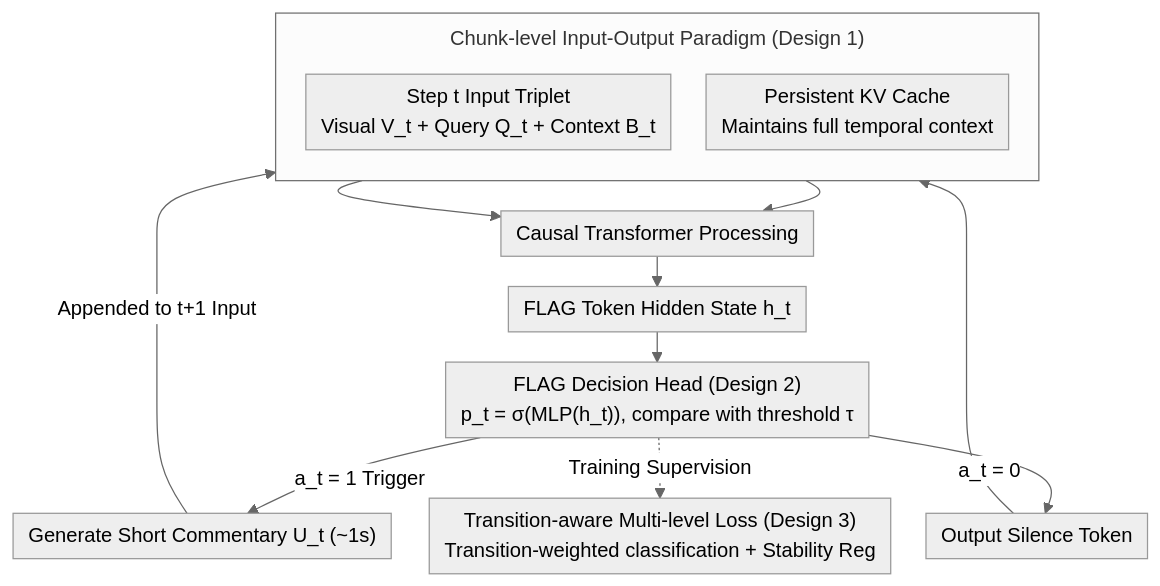
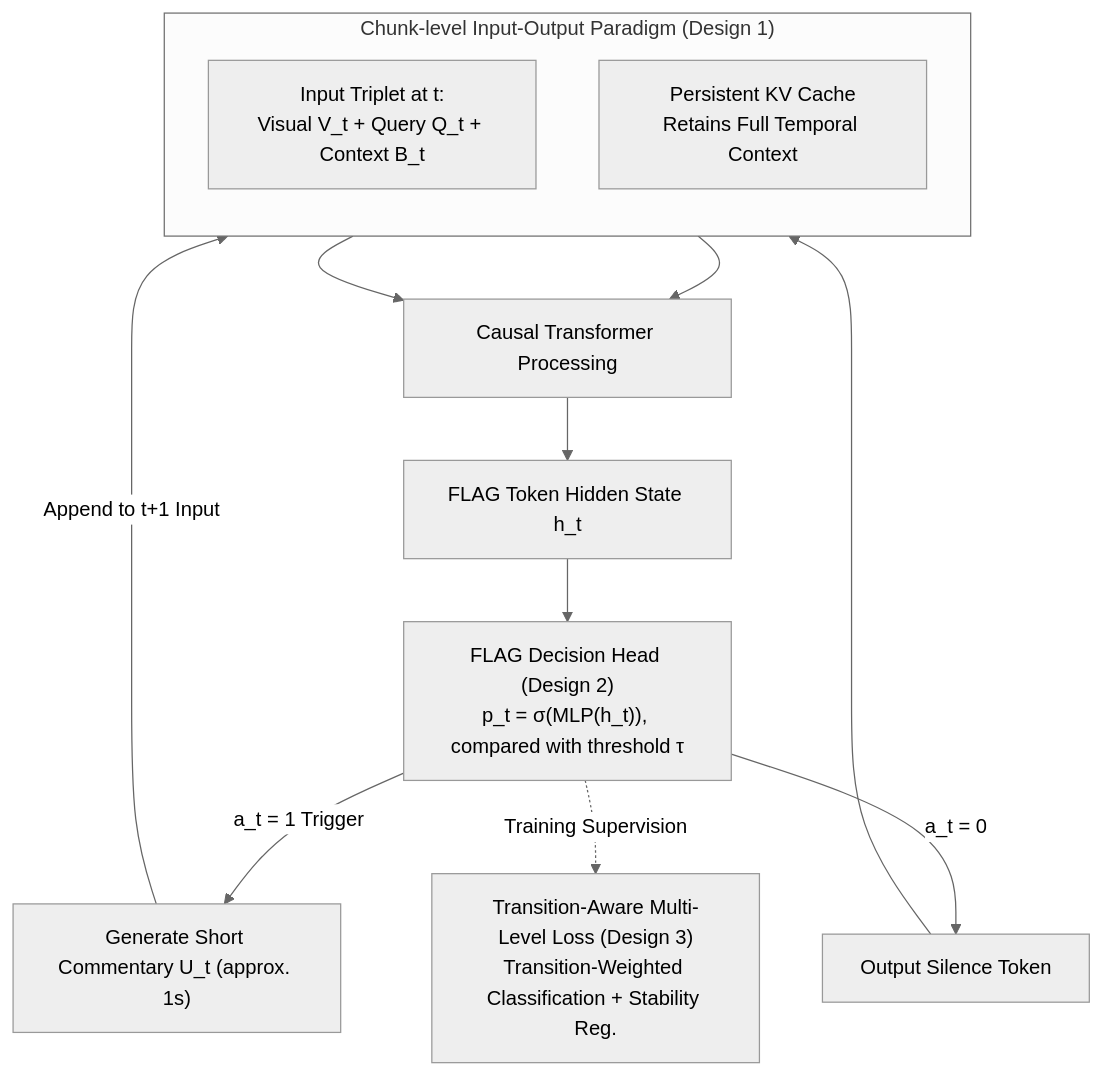
The diagram in docs/ICML2026/video_understanding/proact-vl_a_proactive_videollm_for_real-time_ai_companions.md (zhaoyang97/Paper-Notes-en), drawn with Mermaid (neutral theme) before and after one commit. The commit also changed other lines of this file and 5084 other files, not shown here.

````diff
--- a/docs/ICML2026/video_understanding/proact-vl_a_proactive_videollm_for_real-time_ai_companions.md
+++ b/docs/ICML2026/video_understanding/proact-vl_a_proactive_videollm_for_real-time_ai_companions.md
@@ -51,18 +51,17 @@
 ```mermaid
-%%{init: {'flowchart': {'rankSpacing': 24, 'nodeSpacing': 28, 'padding': 6, 'wrappingWidth': 400, 'subGraphTitleMargin': {'top': 8, 'bottom': 16}}}}%%
-flowchart TD
+graph TD
     subgraph IO["Chunk-level Input-Output Paradigm (Design 1)"]
         direction TB
-        A["Step t Input Triplet<br/>Visual V_t + Query Q_t + Context B_t"]
-        K["Persistent KV Cache<br/>Maintains full temporal context"]
+        A["Input Triplet at t:<br/>Visual V_t + Query Q_t + Context B_t"]
+        K["Persistent KV Cache<br/>Retains Full Temporal Context"]
     end
     A --> T["Causal Transformer Processing"]
     K --> T
     T --> H["FLAG Token Hidden State h_t"]
-    H --> F["FLAG Decision Head (Design 2)<br/>p_t = σ(MLP(h_t)), compare with threshold τ"]
-    F -->|"a_t = 1 Trigger"| U["Generate Short Commentary U_t (~1s)"]
+    H --> F["FLAG Decision Head (Design 2)<br/>p_t = σ(MLP(h_t)), compared with threshold τ"]
+    F -->|"a_t = 1 Trigger"| U["Generate Short Commentary U_t (approx. 1s)"]
     F -->|"a_t = 0"| S["Output Silence Token"]
-    U -->|"Appended to t+1 Input"| A
+    U -->|"Append to t+1 Input"| A
     S --> A
-    F -.Training Supervision.-> L["Transition-aware Multi-level Loss (Design 3)<br/>Transition-weighted classification + Stability Reg"]
+    F -.Training Supervision.-> L["Transition-Aware Multi-Level Loss (Design 3)<br/>Transition-Weighted Classification + Stability Reg."]
 ```
````
